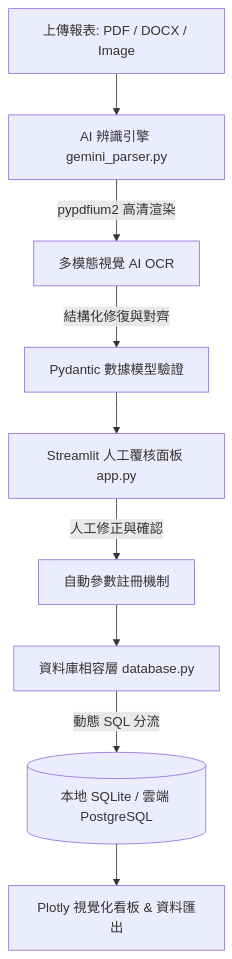
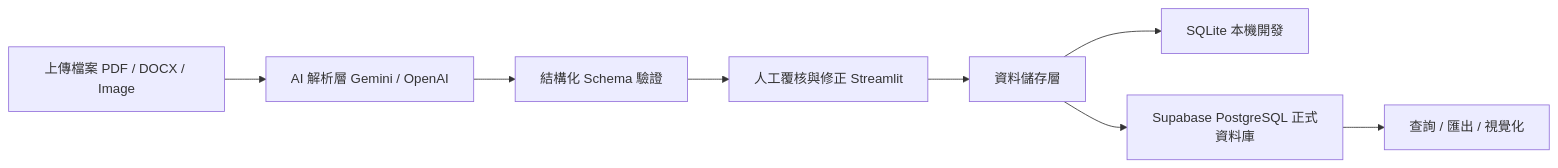
The diagram in 本專案的完整規劃書.md (marinechchang-rgb/dfis-fishery-system), drawn with Mermaid before and after one commit. The commit also changed other lines of this file and 16 other files, not shown here.

Commit message:
Add Supabase-ready schema and deployment docs

````diff
--- a/本專案的完整規劃書.md
+++ b/本專案的完整規劃書.md
@@ -29,11 +146,10 @@
 ```mermaid
-graph TD
-    A[上傳報表: PDF / DOCX / Image] --> B[AI 辨識引擎 gemini_parser.py]
-    B -->|pypdfium2 高清渲染| C[多模態視覺 AI OCR]
-    C -->|結構化修復與對齊| D[Pydantic 數據模型驗證]
-    D --> E[Streamlit 人工覆核面板 app.py]
-    E -->|人工修正與確認| F[自動參數註冊機制]
-    F --> G[資料庫相容層 database.py]
-    G -->|動態 SQL 分流| H[(本地 SQLite / 雲端 PostgreSQL)]
-    H --> I[Plotly 視覺化看板 & 資料匯出]
+flowchart LR
+    A["上傳檔案 PDF / DOCX / Image"] --> B["AI 解析層 Gemini / OpenAI"]
+    B --> C["結構化 Schema 驗證"]
+    C --> D["人工覆核與修正 Streamlit"]
+    D --> E["資料儲存層"]
+    E --> F["SQLite 本機開發"]
+    E --> G["Supabase PostgreSQL 正式資料庫"]
+    G --> H["查詢 / 匯出 / 視覺化"]
 ```
````
